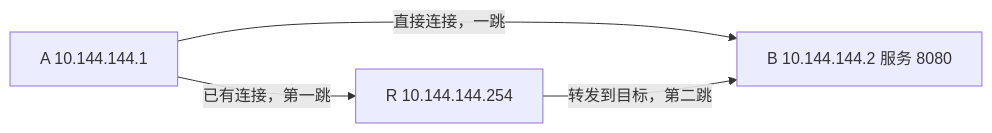
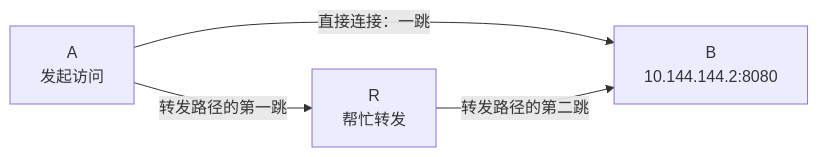
One commit to sonofmagic/easytier-docs changed the diagram in apps/website/chapters/13-relay.md. Above: the diagram before and after it, drawn with Mermaid. The commit also changed other lines of this file and 59 other files, not shown here.

````diff
--- a/apps/website/chapters/13-relay.md
+++ b/apps/website/chapters/13-relay.md
@@ -28,6 +27,6 @@
 ```mermaid
 flowchart LR
-  A[A 10.144.144.1] -->|直接连接，一跳| B[B 10.144.144.2 服务 8080]
-  A -->|已有连接，第一跳| R[R 10.144.144.254]
-  R -->|转发到目标，第二跳| B
+  A["A<br/>发起访问"] -->|"直接连接：一跳"| B["B<br/>10.144.144.2:8080"]
+  A -->|"转发路径的第一跳"| R["R<br/>帮忙转发"]
+  R -->|"转发路径的第二跳"| B
 ```
````
